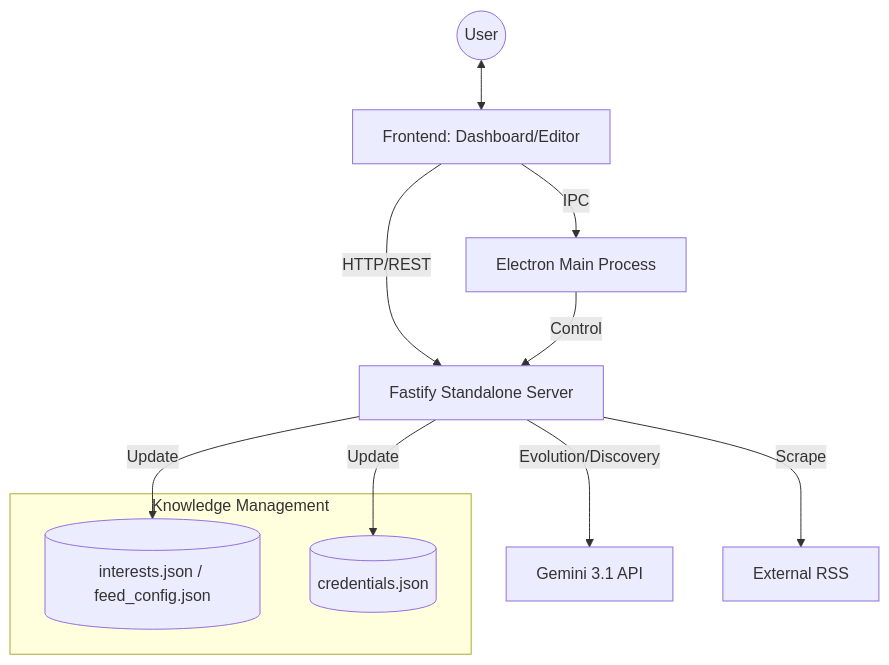
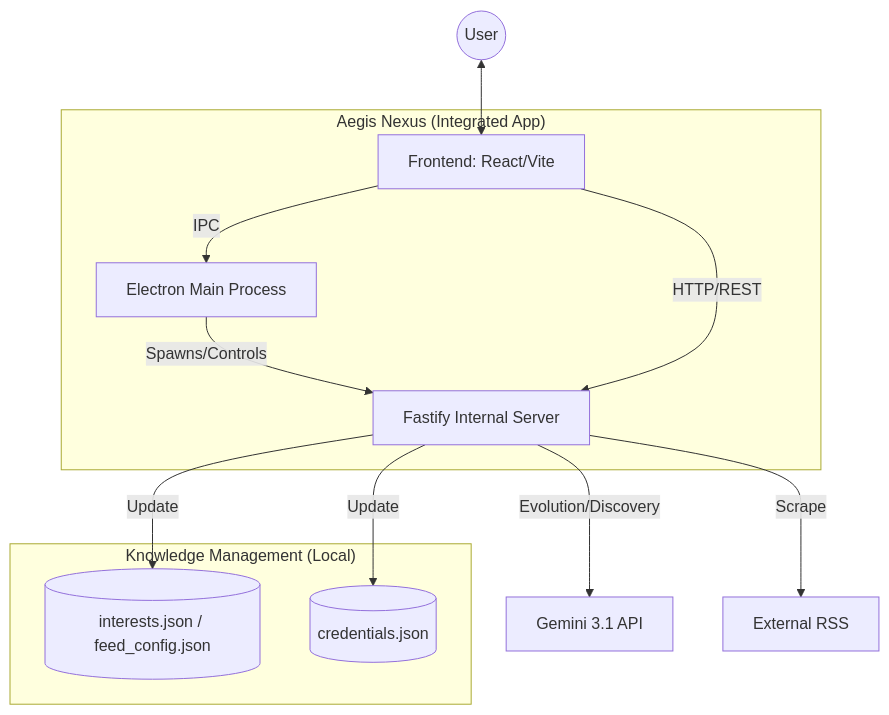
One commit to charge0315/aegis-ai-hub changed the diagram in docs/CODEMAPS/INDEX.md. Above: the diagram before and after it, drawn with Mermaid. The commit also changed other lines of this file and 4 other files, not shown here.

````diff
--- a/docs/CODEMAPS/INDEX.md
+++ b/docs/CODEMAPS/INDEX.md
@@ -32,22 +32,26 @@
 ```mermaid
 graph TD
     User((User))
-    UI[Frontend: Dashboard/Editor]
-    Main[Electron Main Process]
-    Server[Fastify Standalone Server]
     
-    subgraph "Knowledge Management"
+    subgraph "Aegis Nexus (Integrated App)"
+        UI[Frontend: React/Vite]
+        Main[Electron Main Process]
+        Server[Fastify Internal Server]
+        
+        Main -- Spawns/Controls --> Server
+        UI -- IPC --> Main
+        UI -- HTTP/REST --> Server
+    end
+    
+    subgraph "Knowledge Management (Local)"
         Config[(interests.json / feed_config.json)]
         Creds[(credentials.json)]
     end
 
     User <--> UI
-    UI -- IPC --> Main
-    UI -- HTTP/REST --> Server
-    Main -- Control --> Server
     
     Server -- Evolution/Discovery --> GeminiAPI[Gemini 3.1 API]
     Server -- Scrape --> Feeds[External RSS]
     Server -- Update --> Config
     Server -- Update --> Creds
 ```
````
